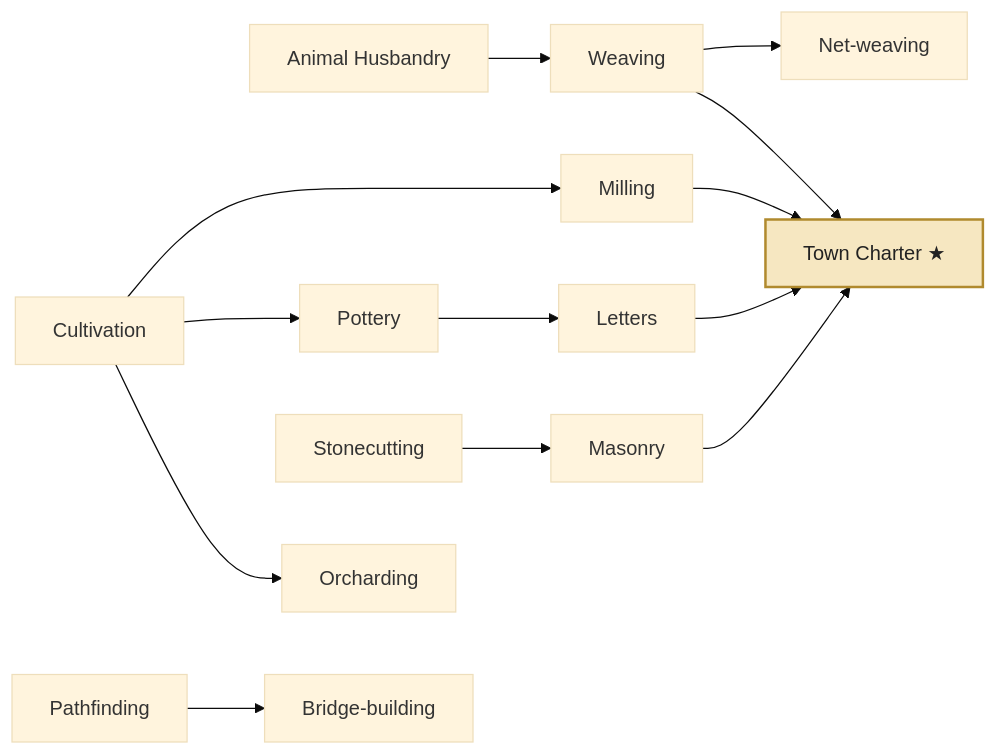
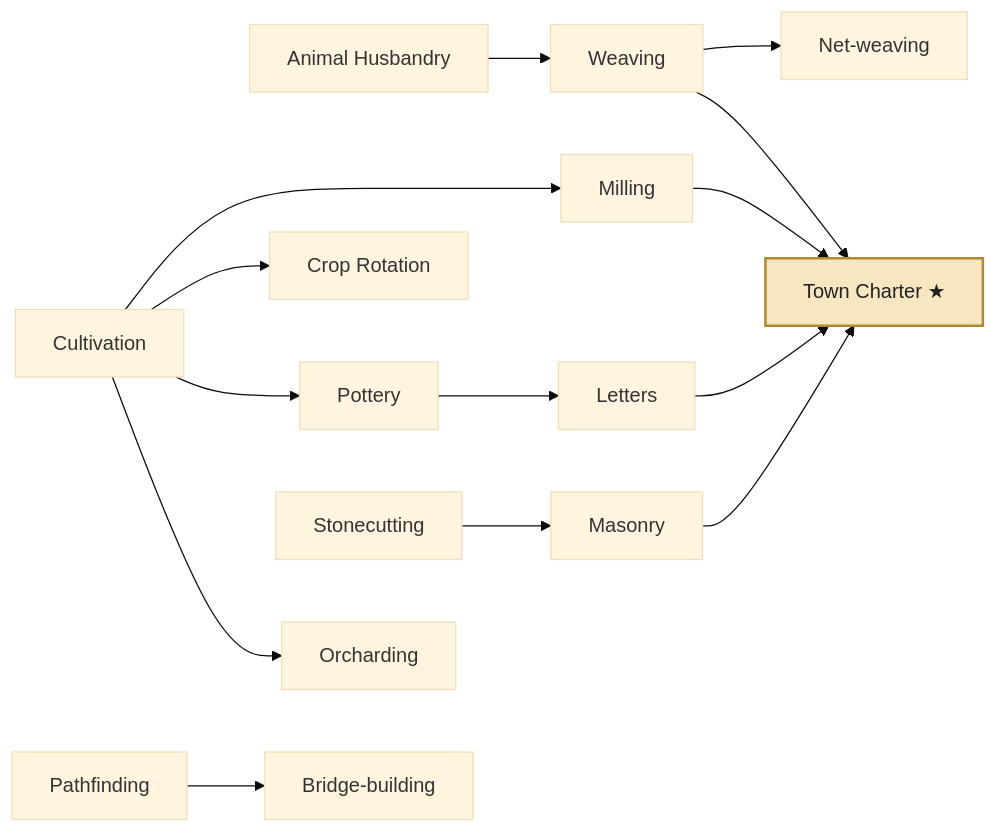
Before and after one commit to wpowiertowski/evenmere: the first of 4 diagrams in docs/design/tech-tree.md, drawn with Mermaid (base theme). The commit also changed other lines of this file and 111 other files, not shown here.

````diff
--- a/docs/design/tech-tree.md
+++ b/docs/design/tech-tree.md
@@ -26,14 +26,15 @@
 ```mermaid
 flowchart LR
     classDef gate fill:#f6e7c1,stroke:#b08a2e,stroke-width:2px,color:#222
     animal_husbandry[Animal Husbandry] --> weaving[Weaving] --> net_weaving[Net-weaving]
     cultivation[Cultivation] --> milling[Milling]
+    cultivation --> crop_rotation[Crop Rotation]
     cultivation --> pottery[Pottery] --> letters[Letters]
     cultivation --> orcharding[Orcharding]
     stonecutting[Stonecutting] --> masonry[Masonry]
     pathfinding[Pathfinding] --> bridge_building[Bridge-building]
     milling --> town_charter
     weaving --> town_charter
     masonry --> town_charter
     letters --> town_charter[Town Charter ★]:::gate
 ```
````
